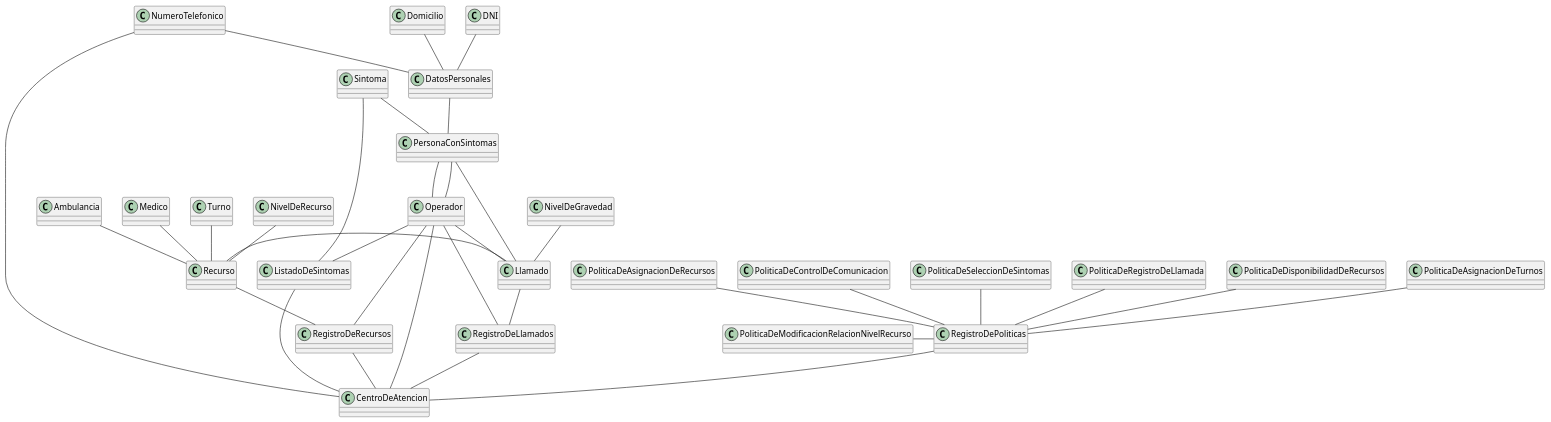
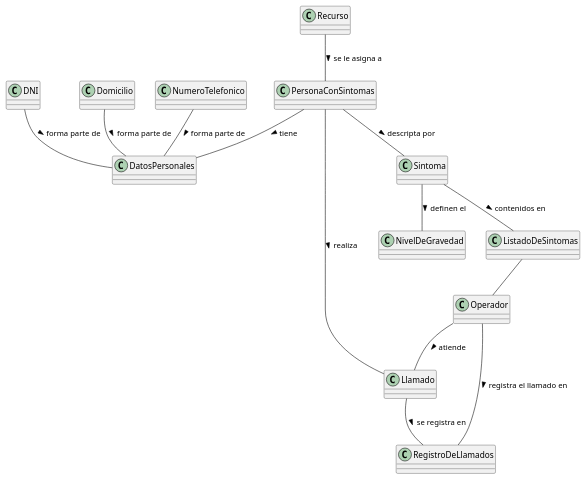
Before and after one commit to jgraneros/Centro-de-atencion-de-llamadas: the diagram in modelo de dominio/md.puml, drawn with PlantUML.

```diff
--- a/modelo de dominio/md.puml
+++ b/modelo de dominio/md.puml
@@ -1,39 +1,28 @@
 @startuml
 
-    DNI -- DatosPersonales
-    Domicilio -- DatosPersonales
-    NumeroTelefonico -- DatosPersonales
-    DatosPersonales -- PersonaConSintomas
-    NumeroTelefonico -- CentroDeAtencion
 
-    RegistroDeLlamados -- CentroDeAtencion
-    RegistroDeRecursos -- CentroDeAtencion
-    RegistroDePoliticas -- CentroDeAtencion
-    Sintoma -- PersonaConSintomas
-    ListadoDeSintomas -- CentroDeAtencion
-    Sintoma -- ListadoDeSintomas
-    Llamado -- RegistroDeLlamados
-    NivelDeRecurso -- Recurso
-    Recurso -- RegistroDeRecursos
-    Ambulancia -- Recurso
-    Medico -- Recurso
-    Turno -- Recurso
-    Recurso - Llamado
-    NivelDeGravedad -- Llamado
-    Operador -- CentroDeAtencion
-    Operador -- RegistroDeLlamados
-    Operador -- ListadoDeSintomas
-    Operador -- RegistroDeRecursos
-    PersonaConSintomas -- Operador
-    Operador -- PersonaConSintomas
-    Operador -- Llamado
-    PersonaConSintomas -- Llamado
-    PoliticaDeModificacionRelacionNivelRecurso - RegistroDePoliticas
-    PoliticaDeAsignacionDeTurnos -- RegistroDePoliticas
-    PoliticaDeAsignacionDeRecursos -- RegistroDePoliticas
-    PoliticaDeControlDeComunicacion -- RegistroDePoliticas
-    PoliticaDeSeleccionDeSintomas -- RegistroDePoliticas
-    PoliticaDeRegistroDeLlamada -- RegistroDePoliticas
-    PoliticaDeDisponibilidadDeRecursos -- RegistroDePoliticas
+    Llamado -- RegistroDeLlamados: se registra en >
+    Operador -- Llamado: atiende >
+    PersonaConSintomas -- Llamado: realiza >
+    Operador -- RegistroDeLlamados: registra el llamado en >
+   
 
+    PersonaConSintomas -- Sintoma: descripta por >
+    Sintoma -- NivelDeGravedad: definen el >
+
+    Recurso -- PersonaConSintomas: se le asigna a >
+    PersonaConSintomas -- DatosPersonales: tiene >
+    DNI -- DatosPersonales: forma parte de >
+    Domicilio -- DatosPersonales: forma parte de >
+    NumeroTelefonico -- DatosPersonales: forma parte de >
+
+    Sintoma -- ListadoDeSintomas: contenidos en >
+    ListadoDeSintomas -- Operador
+
+
+
+
+
+    
+    
 @enduml
```
